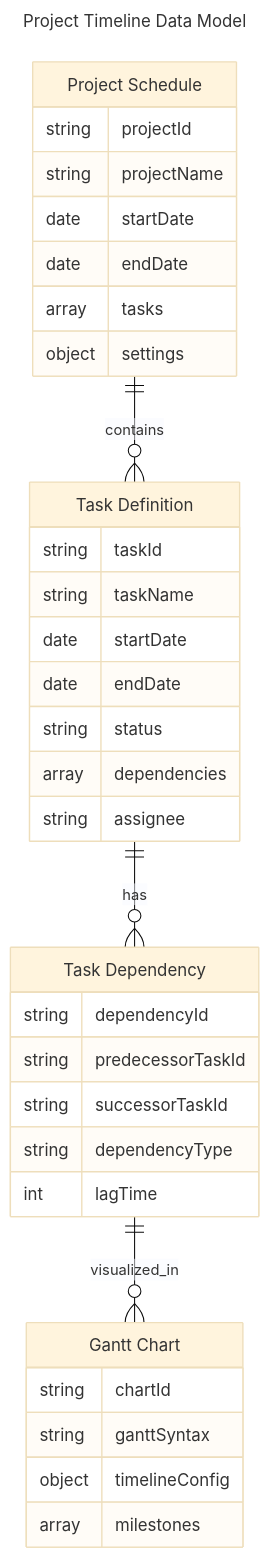
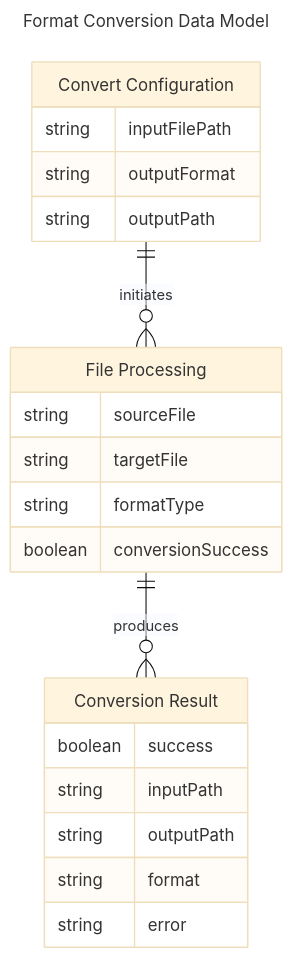
One commit to RustedVikingOG/n8n-nodes-mermaid changed diagram 12 of 18 in docs/designs/use_cases.md. Above: the diagram before and after it, drawn with Mermaid (base theme). The commit also changed other lines of this file and 5 other files, not shown here.

Commit message:
docs: complete architecture and use cases documentation sync per documenter-prompt requirements

````diff
--- a/docs/designs/use_cases.md
+++ b/docs/designs/use_cases.md
@@ -339,43 +357,29 @@
 ```mermaid
 ---
-title: Project Timeline Data Model
+title: Format Conversion Data Model
 ---
 erDiagram
-    "Project Schedule" {
-        string projectId
-        string projectName
-        date startDate
-        date endDate
-        array tasks
-        object settings
+    "Convert Configuration" {
+        string inputFilePath
+        string outputFormat
+        string outputPath
     }
     
-    "Task Definition" {
-        string taskId
-        string taskName
-        date startDate
-        date endDate
-        string status
-        array dependencies
-        string assignee
+    "File Processing" {
+        string sourceFile
+        string targetFile
+        string formatType
+        boolean conversionSuccess
     }
     
-    "Task Dependency" {
-        string dependencyId
-        string predecessorTaskId
-        string successorTaskId
-        string dependencyType
-        int lagTime
+    "Conversion Result" {
+        boolean success
+        string inputPath
+        string outputPath
+        string format
+        string error
     }
     
-    "Gantt Chart" {
-        string chartId
-        string ganttSyntax
-        object timelineConfig
-        array milestones
-    }
-    
-    "Project Schedule" ||--o{ "Task Definition" : contains
-    "Task Definition" ||--o{ "Task Dependency" : has
-    "Task Dependency" ||--o{ "Gantt Chart" : visualized_in
+    "Convert Configuration" ||--o{ "File Processing" : initiates
+    "File Processing" ||--o{ "Conversion Result" : produces
 ```
````
